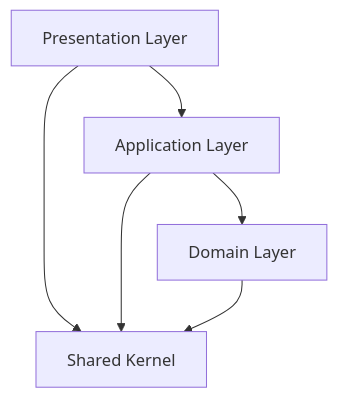
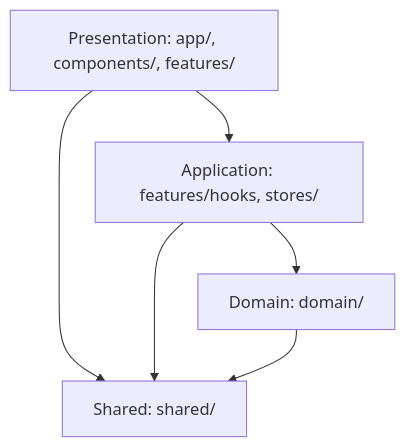
One commit to endo-ava/music-theory-app changed the diagram in docs/20.development/2004.architecture.md. Above: the diagram before and after it, drawn with Mermaid. The commit also changed other lines of this file and 9 other files, not shown here.

````diff
--- a/docs/20.development/2004.architecture.md
+++ b/docs/20.development/2004.architecture.md
@@ -11,8 +7,8 @@
 ```mermaid
 graph TD
-    A[Presentation Layer] --> B[Application Layer]
-    B --> C[Domain Layer]
-    A --> D[Shared Kernel]
+    A[Presentation: app/, components/, features/] --> B[Application: features/hooks, stores/]
+    B --> C[Domain: domain/]
+    A --> D[Shared: shared/]
     B --> D
     C --> D
 ```
````
